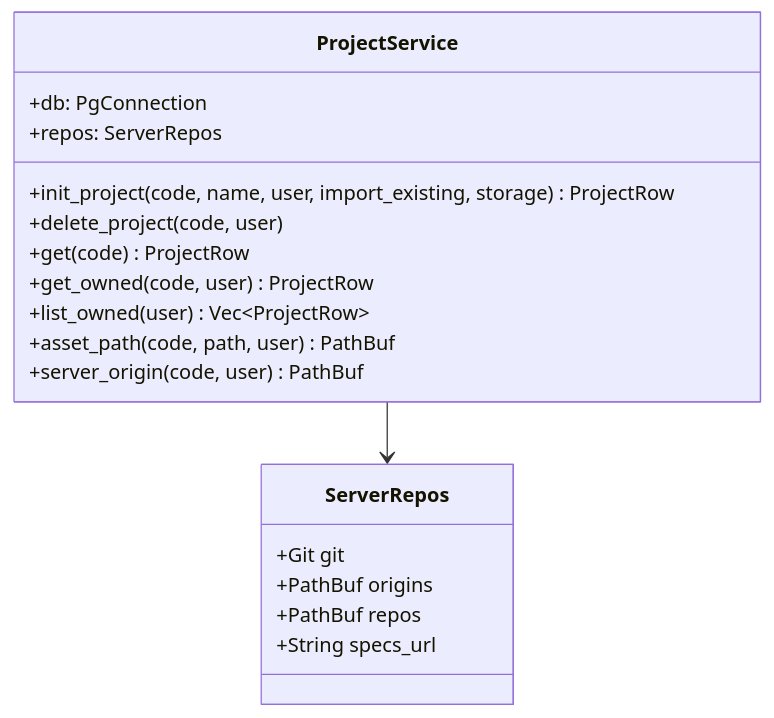
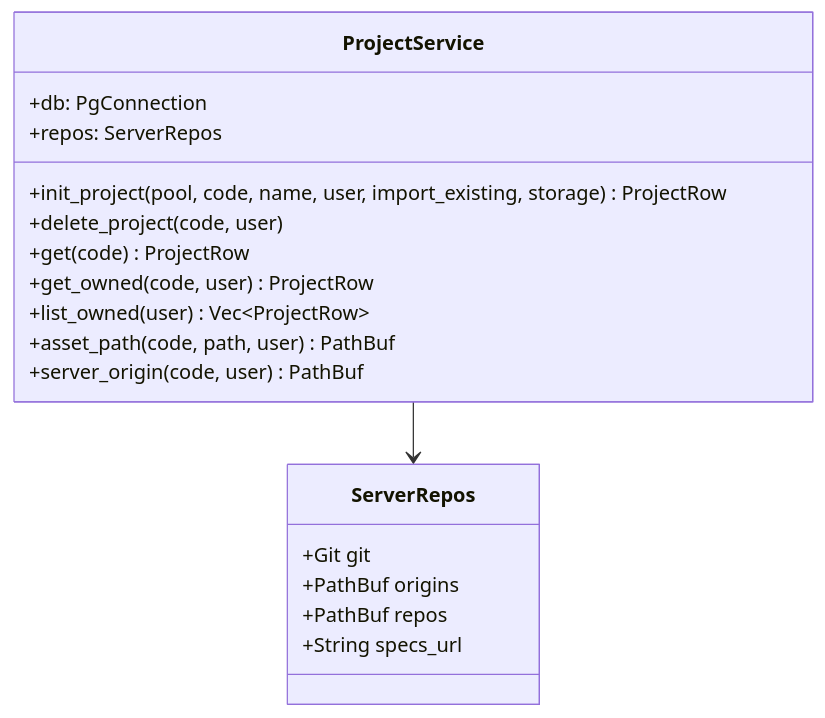
The first of 7 diagrams in docs/specs/06-DOM/SYNC-DOM-004.md (HoyoungParkme/syncdoc), drawn with Mermaid before and after one commit. The commit also changed other lines of this file and 3 other files, not shown here.

````diff
--- a/docs/specs/06-DOM/SYNC-DOM-004.md
+++ b/docs/specs/06-DOM/SYNC-DOM-004.md
@@ -338,21 +338,21 @@
 ```mermaid
 classDiagram
     class ProjectService {
         +db: PgConnection
         +repos: ServerRepos
-        +init_project(code, name, user, import_existing, storage) ProjectRow
+        +init_project(pool, code, name, user, import_existing, storage) ProjectRow
         +delete_project(code, user)
         +get(code) ProjectRow
         +get_owned(code, user) ProjectRow
         +list_owned(user) Vec~ProjectRow~
         +asset_path(code, path, user) PathBuf
         +server_origin(code, user) PathBuf
     }
     class ServerRepos {
         +Git git
         +PathBuf origins
         +PathBuf repos
         +String specs_url
     }
     ProjectService --> ServerRepos
 ```
````
